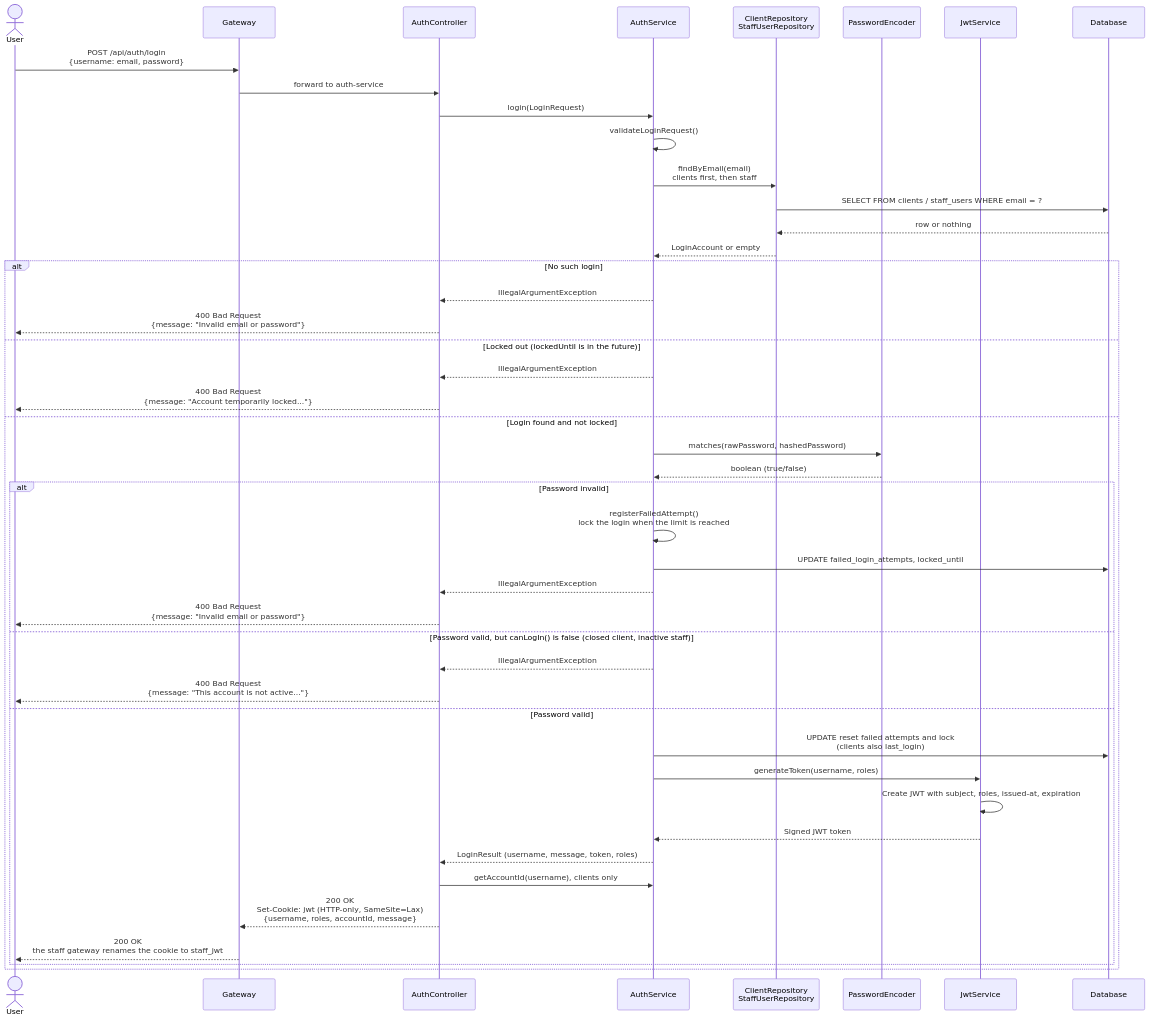
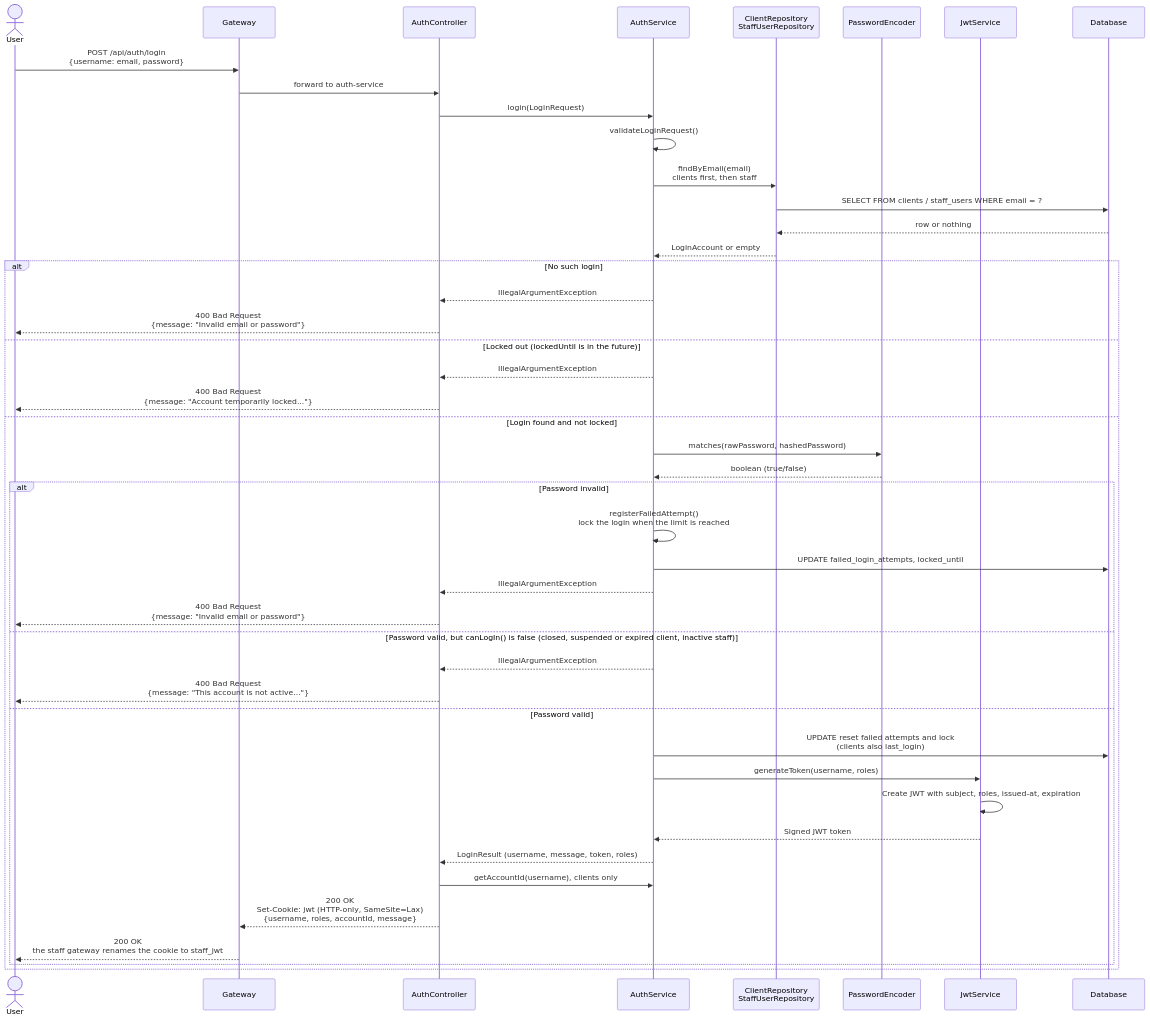
One commit to aditya0774/LeMarketJames changed the third of 5 diagrams in README.md. Above: the diagram before and after it, drawn with Mermaid. The commit also changed 4 other files, not shown here.

````diff
--- a/README.md
+++ b/README.md
@@ -1279,49 +1279,49 @@
 ```mermaid
 sequenceDiagram
     actor User
     participant Gateway
     participant AuthController
     participant AuthService
     participant Repositories as ClientRepository<br/>StaffUserRepository
     participant PasswordEncoder
     participant JwtService
     participant Database
 
     User->>Gateway: POST /api/auth/login<br/>{username: email, password}
     Gateway->>AuthController: forward to auth-service
     AuthController->>AuthService: login(LoginRequest)
     AuthService->>AuthService: validateLoginRequest()
     AuthService->>Repositories: findByEmail(email)<br/>clients first, then staff
     Repositories->>Database: SELECT FROM clients / staff_users WHERE email = ?
     Database-->>Repositories: row or nothing
     Repositories-->>AuthService: LoginAccount or empty
 
     alt No such login
         AuthService-->>AuthController: IllegalArgumentException
         AuthController-->>User: 400 Bad Request<br/>{message: "Invalid email or password"}
     else Locked out (lockedUntil is in the future)
         AuthService-->>AuthController: IllegalArgumentException
         AuthController-->>User: 400 Bad Request<br/>{message: "Account temporarily locked..."}
     else Login found and not locked
         AuthService->>PasswordEncoder: matches(rawPassword, hashedPassword)
         PasswordEncoder-->>AuthService: boolean (true/false)
         alt Password invalid
             AuthService->>AuthService: registerFailedAttempt()<br/>lock the login when the limit is reached
             AuthService->>Database: UPDATE failed_login_attempts, locked_until
             AuthService-->>AuthController: IllegalArgumentException
             AuthController-->>User: 400 Bad Request<br/>{message: "Invalid email or password"}
-        else Password valid, but canLogIn() is false (closed client, inactive staff)
+        else Password valid, but canLogIn() is false (closed, suspended or expired client, inactive staff)
             AuthService-->>AuthController: IllegalArgumentException
             AuthController-->>User: 400 Bad Request<br/>{message: "This account is not active..."}
         else Password valid
             AuthService->>Database: UPDATE reset failed attempts and lock<br/>(clients also last_login)
             AuthService->>JwtService: generateToken(username, roles)
             JwtService->>JwtService: Create JWT with subject, roles, issued-at, expiration
             JwtService-->>AuthService: Signed JWT token
             AuthService-->>AuthController: LoginResult (username, message, token, roles)
             AuthController->>AuthService: getAccountId(username), clients only
             AuthController-->>Gateway: 200 OK<br/>Set-Cookie: jwt (HTTP-only, SameSite=Lax)<br/>{username, roles, accountId, message}
             Gateway-->>User: 200 OK<br/>the staff gateway renames the cookie to staff_jwt
         end
     end
 ```
````
